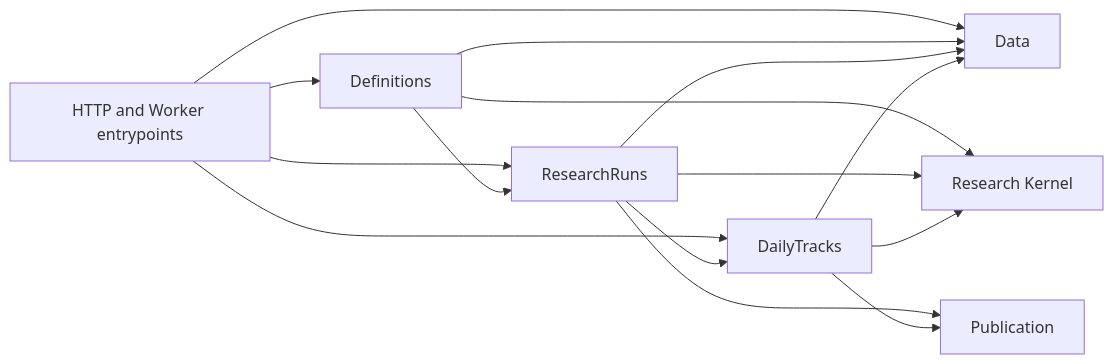
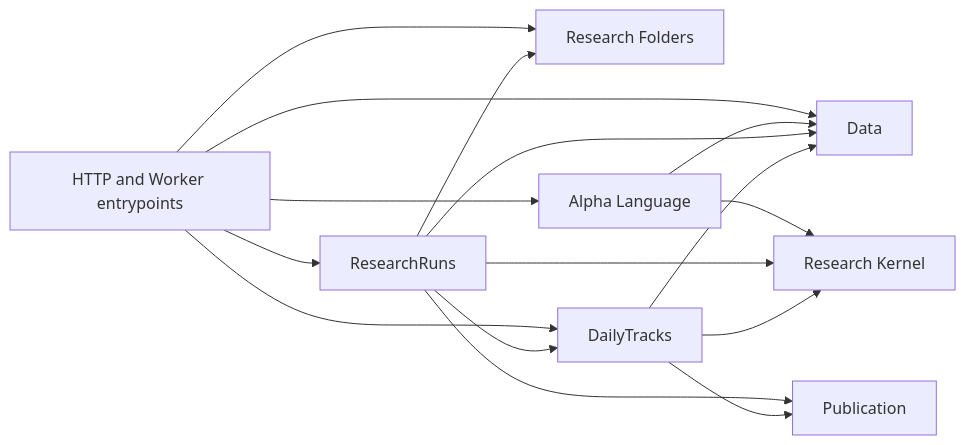
One commit to humeo/thesistrace changed the second of 2 diagrams in docs/architecture/core.md. Above: the diagram before and after it, drawn with Mermaid. The commit also changed other lines of this file and 15 other files, not shown here.

````diff
--- a/docs/architecture/core.md
+++ b/docs/architecture/core.md
@@ -71,17 +74,18 @@
 ```mermaid
 flowchart LR
-    E["HTTP and Worker entrypoints"] --> D["Definitions"]
+    E["HTTP and Worker entrypoints"] --> F["Research Folders"]
     E --> R["ResearchRuns"]
     E --> T["DailyTracks"]
     E --> A["Data"]
-    D --> A
-    D --> K["Research Kernel"]
-    D --> R
+    E --> L["Alpha Language"]
+    L --> A
+    L --> K["Research Kernel"]
+    R --> F
     R --> A
     R --> K
     R --> P["Publication"]
     R --> T
     T --> A
     T --> K
     T --> P
 ```
````
